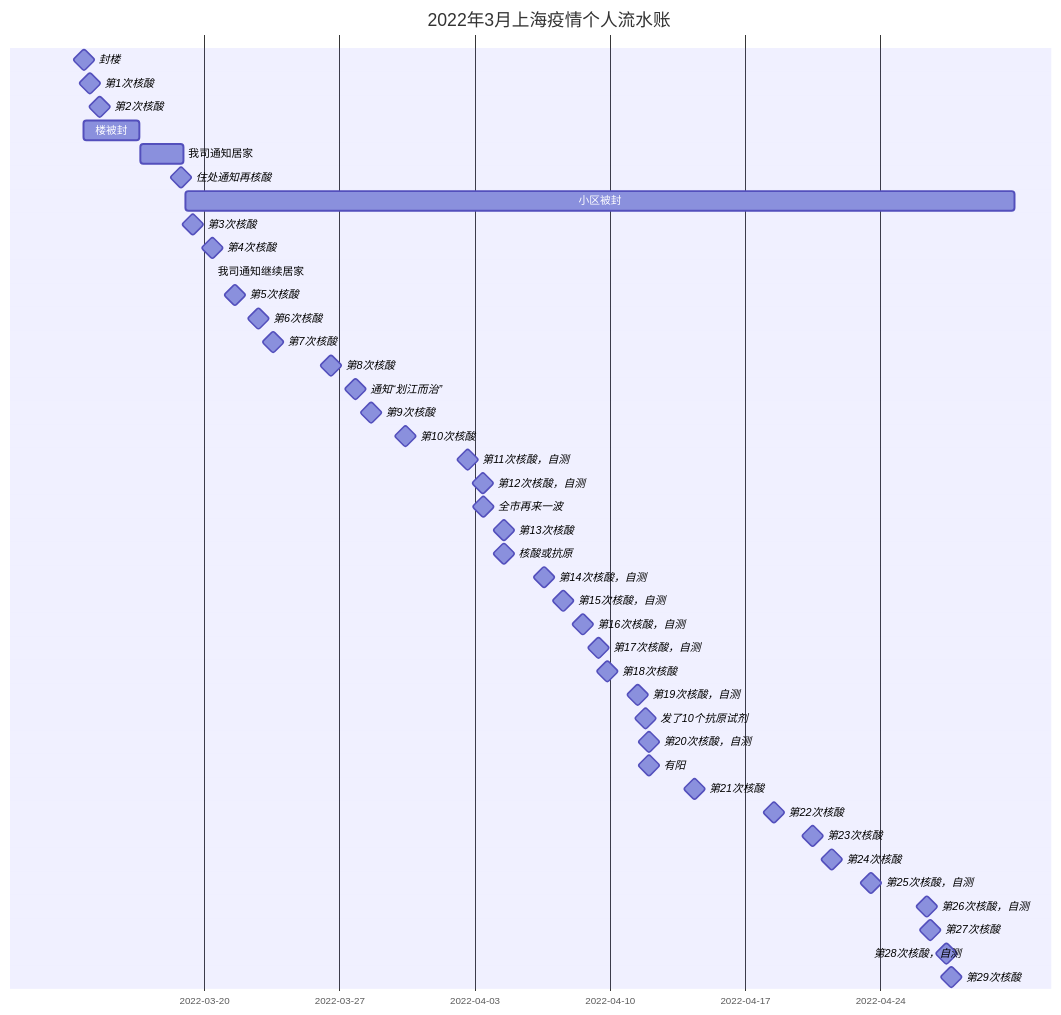
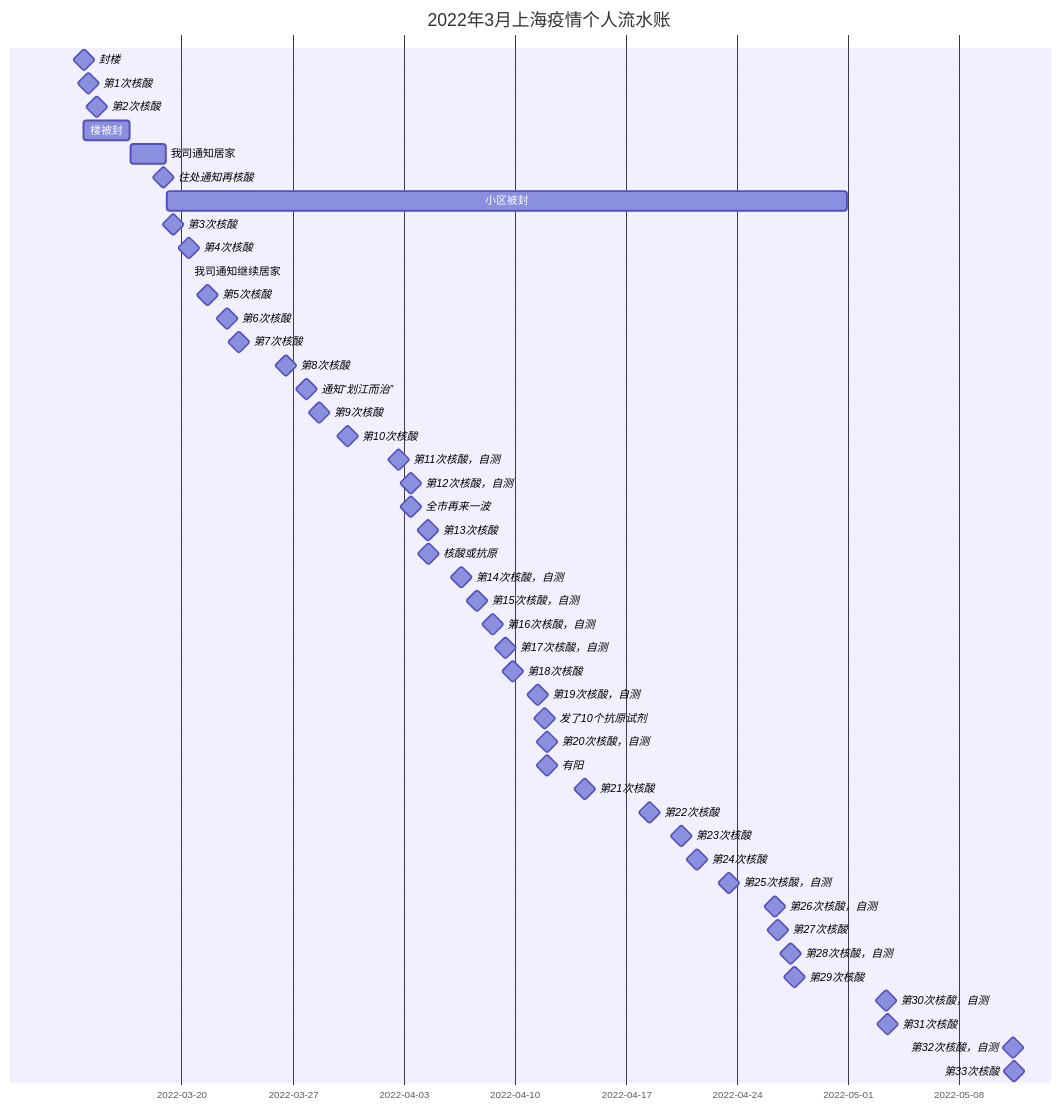
The diagram in 2022/04/life-covid_19-observation/index.md (unclehuzi/unclehuzi.github.io), drawn with Mermaid before and after one commit. The commit also changed other lines of this file and 36 other files, not shown here.

```diff
--- a/2022/04/life-covid_19-observation/index.md
+++ b/2022/04/life-covid_19-observation/index.md
@@ -88,4 +88,12 @@
     第28次核酸，自测 : milestone, 2022-04-27 09,1h
     
     第29次核酸 : milestone, 2022-04-27 15,1h
+    
+    第30次核酸，自测 : milestone, 2022-05-03 09,1h
+    
+    第31次核酸 : milestone, 2022-05-03 11,1h
+    
+    第32次核酸，自测 : milestone, 2022-05-11 09,1h
+    
+    第33次核酸 : milestone, 2022-05-11 11,1h
 {{< /mermaid >}}
```
